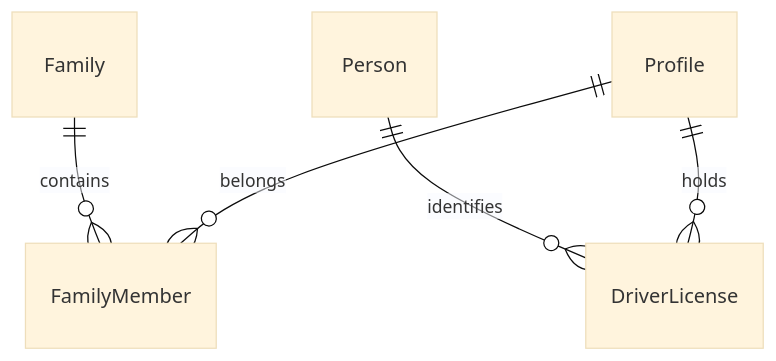
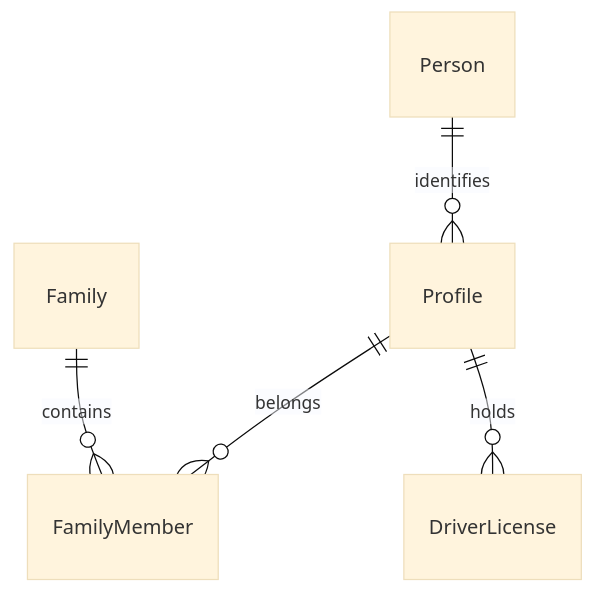
Before and after one commit to code-sena/sg-docs: the diagram in 06-data/domain/user-management.md, drawn with Mermaid (base theme). The commit also changed 9 other files, not shown here.

````diff
--- a/06-data/domain/user-management.md
+++ b/06-data/domain/user-management.md
@@ -188,7 +188,7 @@
 ```mermaid
 erDiagram
 	Family ||--o{ FamilyMember : contains
-	Person ||--o{ DriverLicense : identifies
+	Person ||--o{ Profile : identifies
 	Profile ||--o{ FamilyMember : belongs
 	Profile ||--o{ DriverLicense : holds
 ```
````
